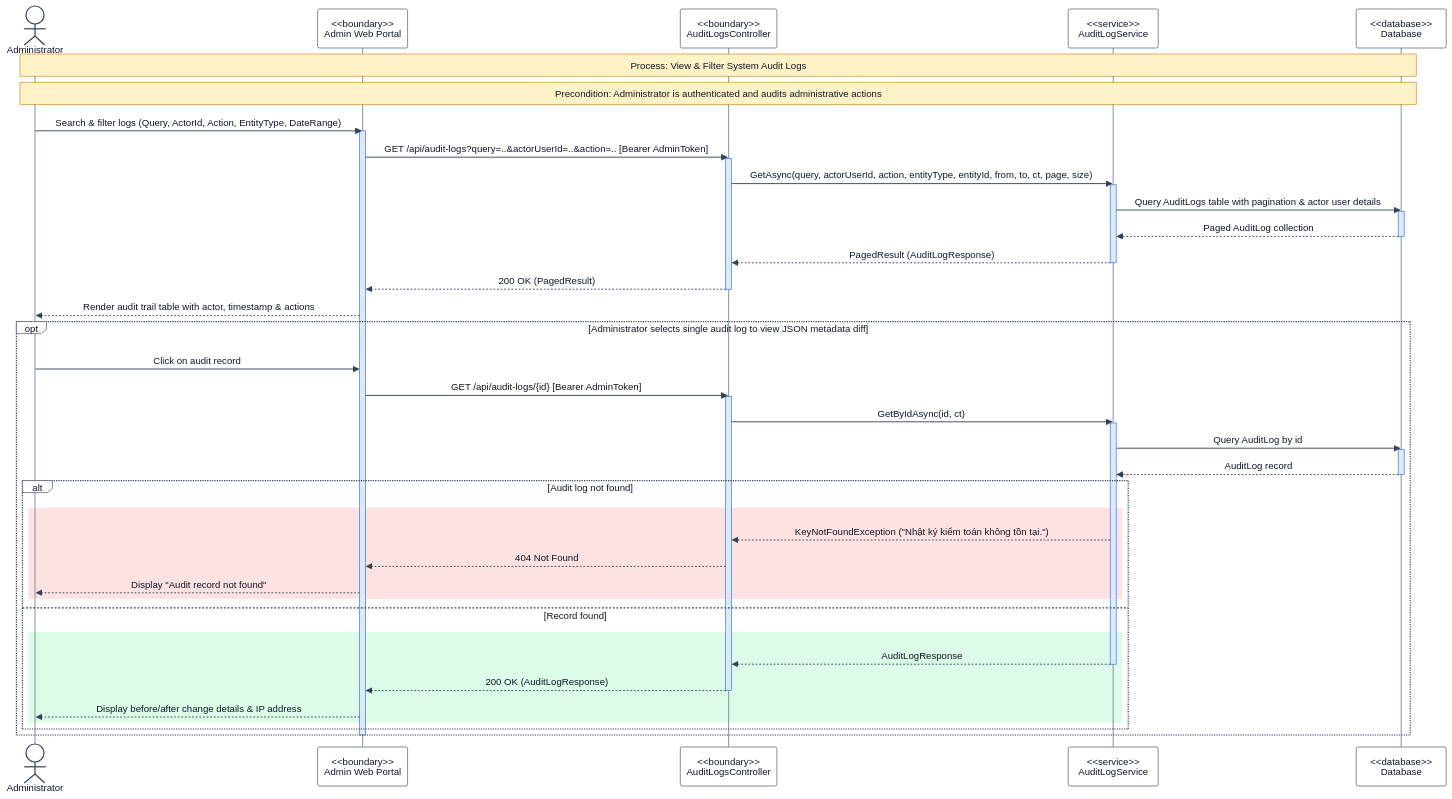
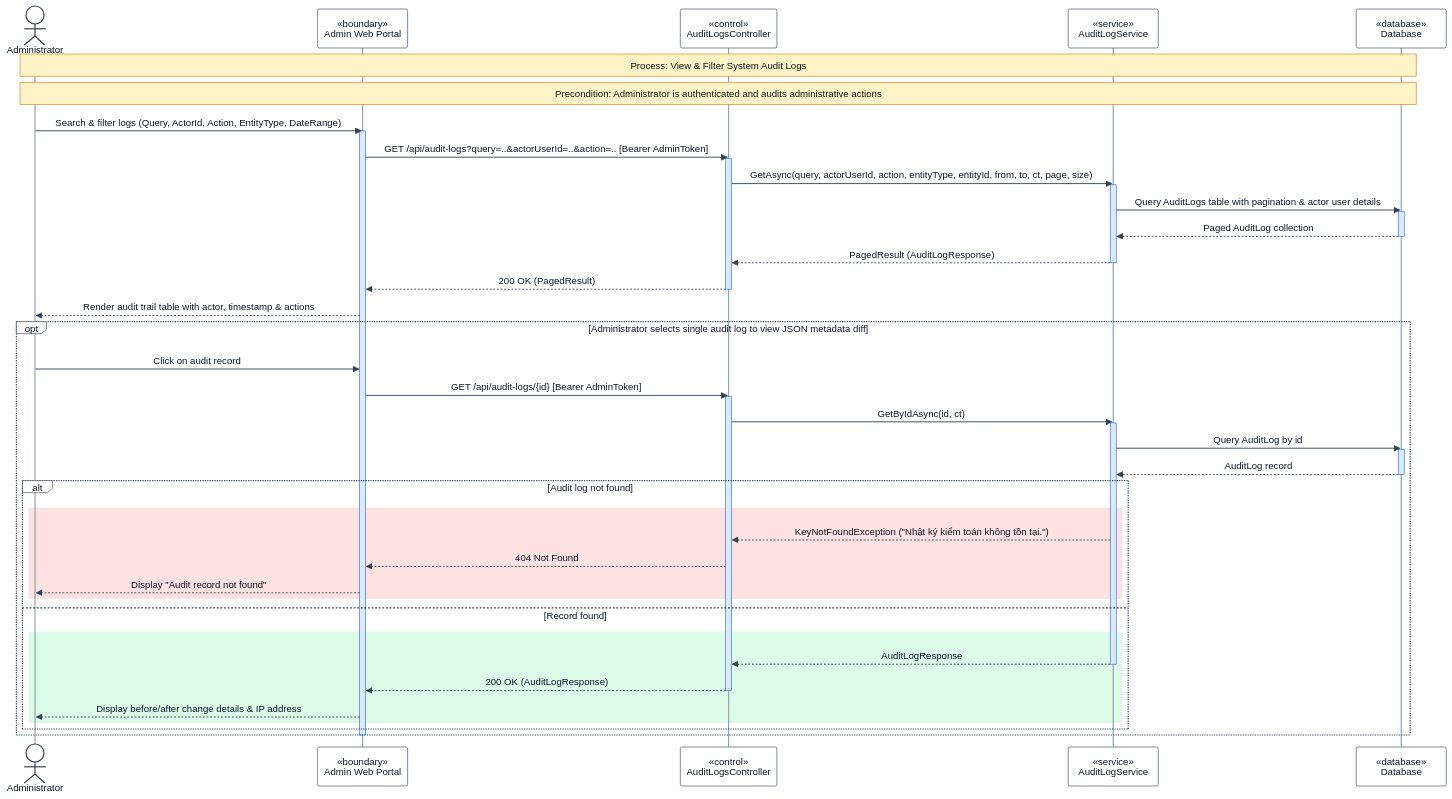
The diagram in RP4/3.8 Administration, Assignment & System Audit/3.8.6 View System Audit Logs Sequence Diagram.md (se-05-sdlms/smart-locking-diagram), drawn with Mermaid before and after one commit. The commit also changed 36 other files, not shown here.

Commit message:
Update diagram

````diff
--- a/RP4/3.8 Administration, Assignment & System Audit/3.8.6 View System Audit Logs Sequence Diagram.md
+++ b/RP4/3.8 Administration, Assignment & System Audit/3.8.6 View System Audit Logs Sequence Diagram.md
@@ -3,79 +3,79 @@
 ```mermaid
 %%{init: {
   "theme": "base",
   "themeVariables": {
     "actorBkg": "#FFFFFF",
     "actorBorder": "#334155",
     "actorTextColor": "#0F172A",
     "actorLineColor": "#94A3B8",
     "signalColor": "#334155",
     "signalTextColor": "#0F172A",
     "activationBkgColor": "#DBEAFE",
     "activationBorderColor": "#2563EB",
     "noteBkgColor": "#FEF3C7",
     "noteBorderColor": "#D97706",
     "noteTextColor": "#111827"
   }
 }}%%
 
 sequenceDiagram
 
 actor ADMIN as Administrator
-participant WEB as <<boundary>><br/>Admin Web Portal
-participant CTRL as <<boundary>><br/>AuditLogsController
-participant SVC as <<service>><br/>AuditLogService
-participant DB as <<database>><br/>Database
+participant WEB as «boundary»<br/>Admin Web Portal
+participant CTRL as «control»<br/>AuditLogsController
+participant SVC as «service»<br/>AuditLogService
+participant DB as «database»<br/>Database
 
 Note over ADMIN,DB: Process: View & Filter System Audit Logs
 Note over ADMIN,DB: Precondition: Administrator is authenticated and audits administrative actions
 
 ADMIN->>WEB: Search & filter logs (Query, ActorId, Action, EntityType, DateRange)
 activate WEB
 
 WEB->>CTRL: GET /api/audit-logs?query=..&actorUserId=..&action=.. [Bearer AdminToken]
 activate CTRL
 
 CTRL->>SVC: GetAsync(query, actorUserId, action, entityType, entityId, from, to, ct, page, size)
 activate SVC
 
 SVC->>DB: Query AuditLogs table with pagination & actor user details
 activate DB
 DB-->>SVC: Paged AuditLog collection
 deactivate DB
 
 SVC-->>CTRL: PagedResult (AuditLogResponse)
 deactivate SVC
 CTRL-->>WEB: 200 OK (PagedResult)
 deactivate CTRL
 WEB-->>ADMIN: Render audit trail table with actor, timestamp & actions
 
 opt Administrator selects single audit log to view JSON metadata diff
   ADMIN->>WEB: Click on audit record #{id}
   WEB->>CTRL: GET /api/audit-logs/{id} [Bearer AdminToken]
   activate CTRL
   CTRL->>SVC: GetByIdAsync(id, ct)
   activate SVC
   SVC->>DB: Query AuditLog by id
   activate DB
   DB-->>SVC: AuditLog record
   deactivate DB
 
   alt Audit log not found
     rect rgb(254,226,226)
       SVC-->>CTRL: KeyNotFoundException ("Nhật ký kiểm toán không tồn tại.")
       CTRL-->>WEB: 404 Not Found
       WEB-->>ADMIN: Display "Audit record not found"
     end
   else Record found
     rect rgb(220,252,231)
       SVC-->>CTRL: AuditLogResponse
       deactivate SVC
       CTRL-->>WEB: 200 OK (AuditLogResponse)
       deactivate CTRL
       WEB-->>ADMIN: Display before/after change details & IP address
     end
   end
 end
 
 deactivate WEB
 ```
````
